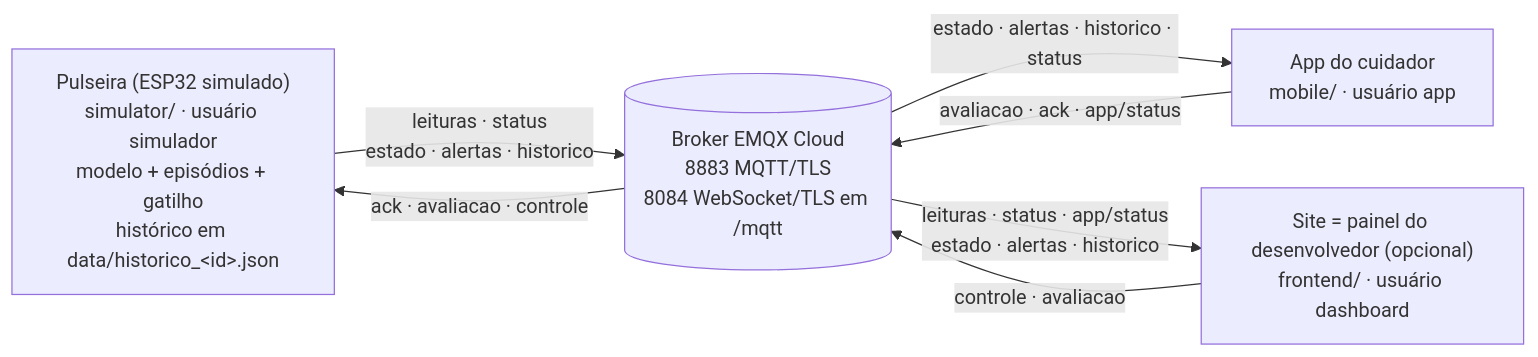
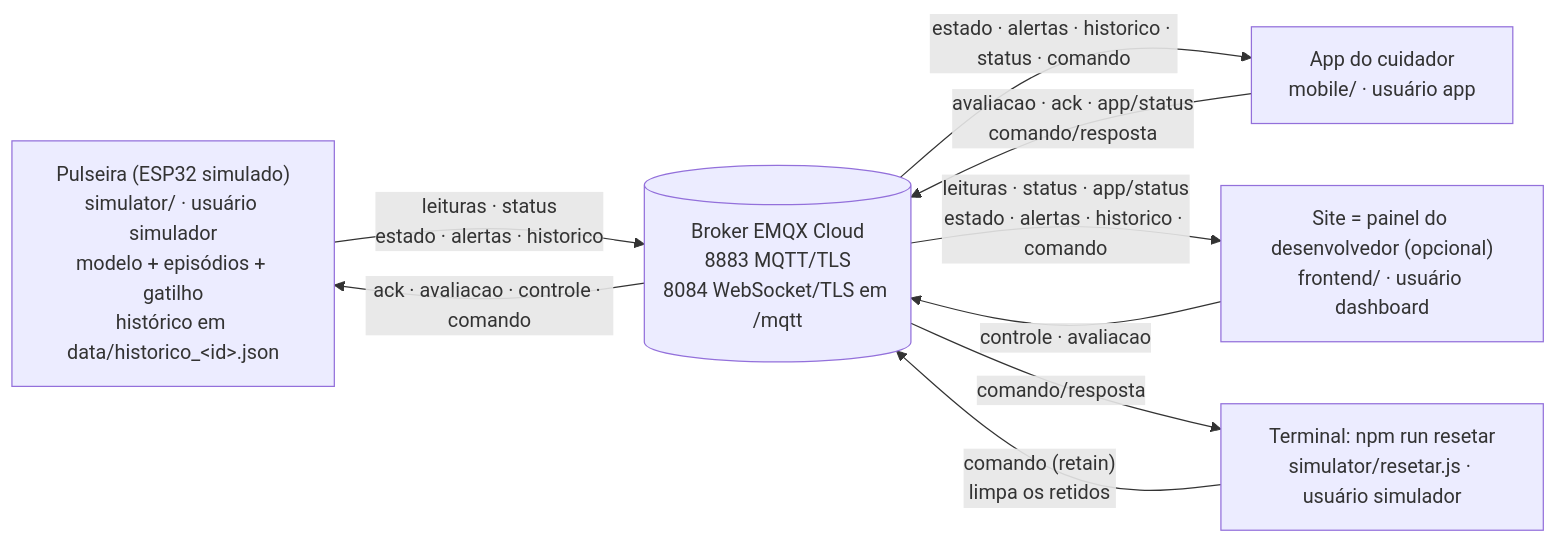
Before and after one commit to murilorochasantana-ui/Puzzle-Band: the diagram in docs/mqtt.md, drawn with Mermaid. The commit also changed other lines of this file and 28 other files, not shown here.

````diff
--- a/docs/mqtt.md
+++ b/docs/mqtt.md
@@ -19,14 +24,17 @@
 ```mermaid
 flowchart LR
     PUL["Pulseira (ESP32 simulado)<br/>simulator/ · usuário simulador<br/>modelo + episódios + gatilho<br/>histórico em data/historico_&lt;id&gt;.json"]
     B[("Broker EMQX Cloud<br/>8883 MQTT/TLS<br/>8084 WebSocket/TLS em /mqtt")]
     APP["App do cuidador<br/>mobile/ · usuário app"]
     SITE["Site = painel do desenvolvedor (opcional)<br/>frontend/ · usuário dashboard"]
+    RES["Terminal: npm run resetar<br/>simulator/resetar.js · usuário simulador"]
 
     PUL -- "leituras · status<br/>estado · alertas · historico" --> B
-    B -- "ack · avaliacao · controle" --> PUL
-    B -- "estado · alertas · historico · status" --> APP
-    APP -- "avaliacao · ack · app/status" --> B
-    B -- "leituras · status · app/status<br/>estado · alertas · historico" --> SITE
+    B -- "ack · avaliacao · controle · comando" --> PUL
+    B -- "estado · alertas · historico · status · comando" --> APP
+    APP -- "avaliacao · ack · app/status<br/>comando/resposta" --> B
+    B -- "leituras · status · app/status<br/>estado · alertas · historico · comando" --> SITE
     SITE -- "controle · avaliacao" --> B
+    RES -- "comando (retain)<br/>limpa os retidos" --> B
+    B -- "comando/resposta" --> RES
 ```
````
